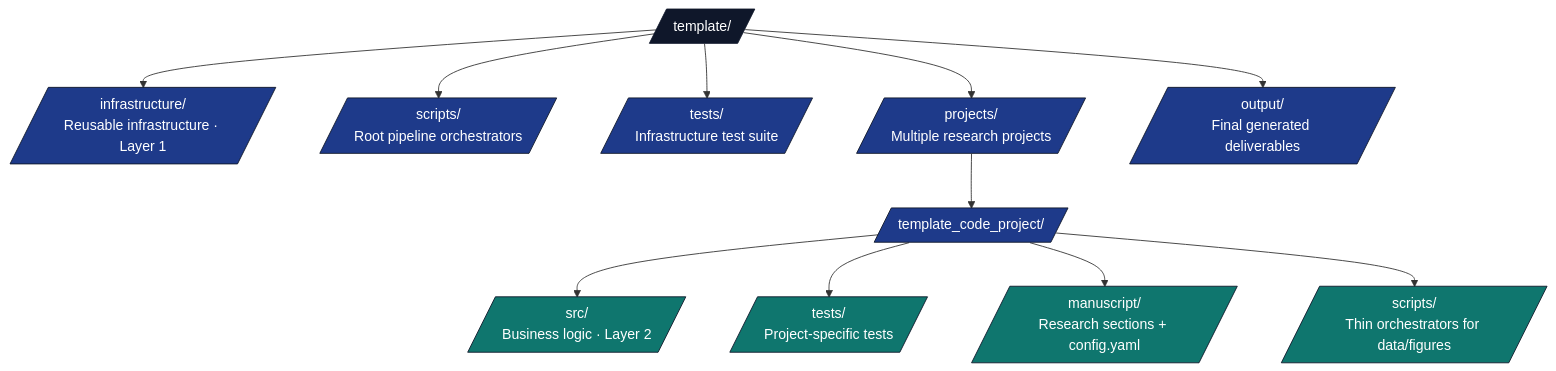
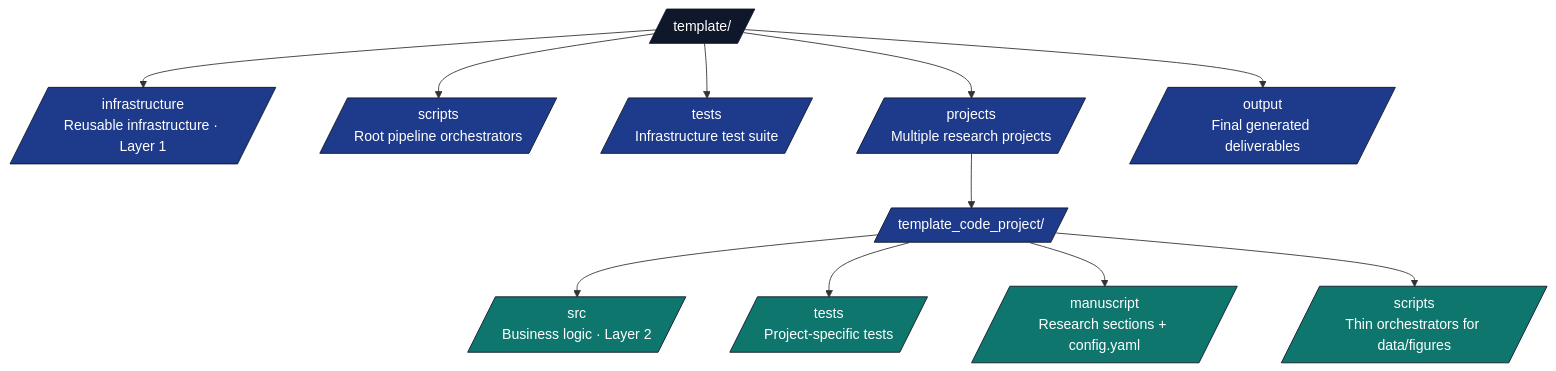
One commit to docxology/template changed the diagram in docs/reference/quick-start-cheatsheet.md. Above: the diagram before and after it, drawn with Mermaid. The commit also changed 164 other files, not shown here.

````diff
--- a/docs/reference/quick-start-cheatsheet.md
+++ b/docs/reference/quick-start-cheatsheet.md
@@ -54,22 +54,22 @@
 ```mermaid
 flowchart TB
     R[/template//]
-    R --> INF[/infrastructure/<br/>Reusable infrastructure · Layer 1/]
-    R --> SC[/scripts/<br/>Root pipeline orchestrators/]
-    R --> T[/tests/<br/>Infrastructure test suite/]
-    R --> PR[/projects/<br/>Multiple research projects/]
-    R --> OUT[/output/<br/>Final generated deliverables/]
+    R --> INF[/infrastructure<br/>Reusable infrastructure · Layer 1/]
+    R --> SC[/scripts<br/>Root pipeline orchestrators/]
+    R --> T[/tests<br/>Infrastructure test suite/]
+    R --> PR[/projects<br/>Multiple research projects/]
+    R --> OUT[/output<br/>Final generated deliverables/]
 
     PR --> CP[/template_code_project//]
-    CP --> CP_SRC[/src/<br/>Business logic · Layer 2/]
-    CP --> CP_T[/tests/<br/>Project-specific tests/]
-    CP --> CP_M[/manuscript/<br/>Research sections + config.yaml/]
-    CP --> CP_SC[/scripts/<br/>Thin orchestrators for data/figures/]
+    CP --> CP_SRC[/src<br/>Business logic · Layer 2/]
+    CP --> CP_T[/tests<br/>Project-specific tests/]
+    CP --> CP_M[/manuscript<br/>Research sections + config.yaml/]
+    CP --> CP_SC[/scripts<br/>Thin orchestrators for data/figures/]
 
     classDef root fill:#0f172a,stroke:#0f172a,color:#fff
     classDef pkg fill:#1e3a8a,stroke:#0f172a,color:#fff
     classDef sub fill:#0f766e,stroke:#0f172a,color:#fff
     class R root
     class INF,SC,T,PR,OUT,CP pkg
     class CP_SRC,CP_T,CP_M,CP_SC sub
 ```
````
